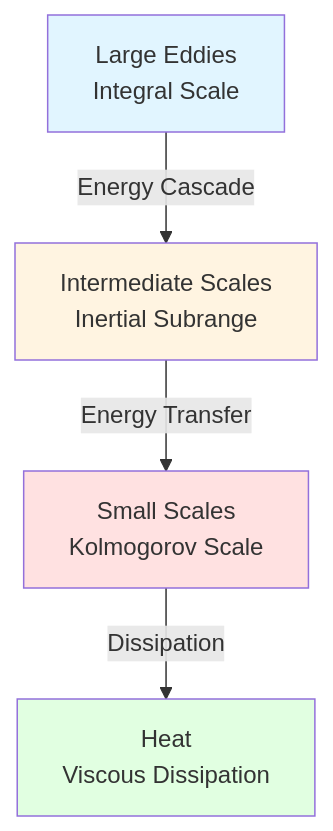
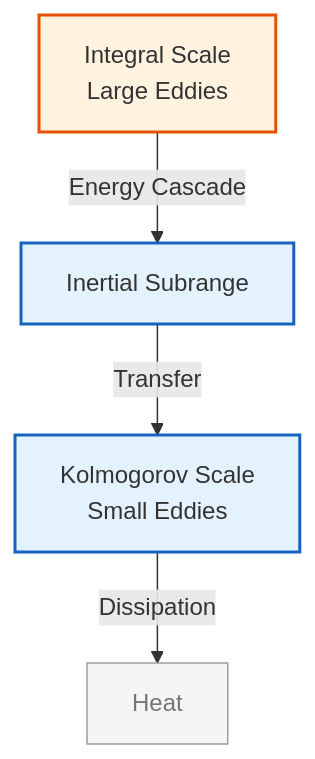
Before and after one commit to wramet/build-my-cfd: the first of 2 diagrams in MODULE_03_SINGLE_PHASE_FLOW/CONTENT/03_TURBULENCE_MODELING/01_Turbulence_Fundamentals.md, drawn with Mermaid. The commit also changed other lines of this file and 313 other files, not shown here.

Commit message:
Revise all diagram

````diff
--- a/MODULE_03_SINGLE_PHASE_FLOW/CONTENT/03_TURBULENCE_MODELING/01_Turbulence_Fundamentals.md
+++ b/MODULE_03_SINGLE_PHASE_FLOW/CONTENT/03_TURBULENCE_MODELING/01_Turbulence_Fundamentals.md
@@ -22,11 +22,11 @@
 ```mermaid
 flowchart TD
-    A[Large Eddies<br/>Integral Scale] -->|Energy Cascade| B[Intermediate Scales<br/>Inertial Subrange]
-    B -->|Energy Transfer| C[Small Scales<br/>Kolmogorov Scale]
-    C -->|Dissipation| D[Heat<br/>Viscous Dissipation]
-
-    style A fill:#e1f5ff
-    style B fill:#fff4e1
-    style C fill:#ffe1e1
-    style D fill:#e1ffe1
+%% Classes
+classDef explicit fill:#fff3e0,stroke:#e65100,stroke-width:2px;
+classDef implicit fill:#e3f2fd,stroke:#1565c0,stroke-width:2px;
+classDef context fill:#f5f5f5,stroke:#9e9e9e,stroke-width:1px,color:#757575;
+%% Nodes
+A[Integral Scale<br/>Large Eddies]:::explicit -->|Energy Cascade| B[Inertial Subrange]:::implicit
+B -->|Transfer| C[Kolmogorov Scale<br/>Small Eddies]:::implicit
+C -->|Dissipation| D[Heat]:::context
 ```
````
